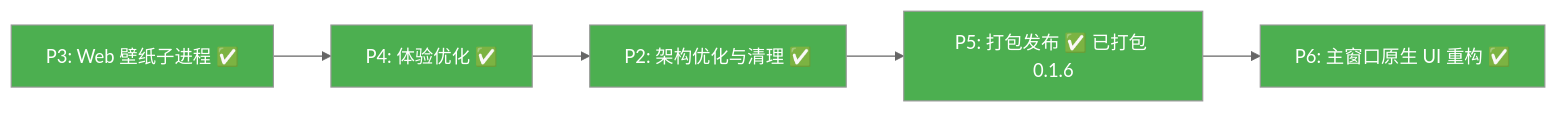
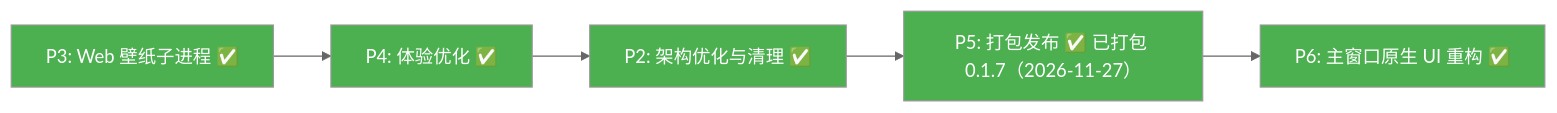
Before and after one commit to Wunseol/mirrorstar-wallpaper: the diagram in docs/03-实施与验证/01-实施与验证总览-Implementation-and-Verification-Overview.md, drawn with Mermaid (neutral theme). The commit also changed other lines of this file and 30 other files, not shown here.

````diff
--- a/docs/03-实施与验证/01-实施与验证总览-Implementation-and-Verification-Overview.md
+++ b/docs/03-实施与验证/01-实施与验证总览-Implementation-and-Verification-Overview.md
@@ -37,13 +37,13 @@
 ```mermaid
 graph LR
     P3[P3: Web 壁纸子进程 ✅] --> P4[P4: 体验优化 ✅]
     P4 --> P2[P2: 架构优化与清理 ✅]
-    P2 --> P5[P5: 打包发布 ✅ 已打包 0.1.6]
+    P2 --> P5[P5: 打包发布 ✅ 已打包 0.1.7（2026-11-27）]
     P5 --> P6[P6: 主窗口原生 UI 重构 ✅]
 
     style P3 fill:#4CAF50,color:#fff
     style P4 fill:#4CAF50,color:#fff
     style P2 fill:#4CAF50,color:#fff
     style P5 fill:#4CAF50,color:#fff
     style P6 fill:#4CAF50,color:#fff
 ```
````
